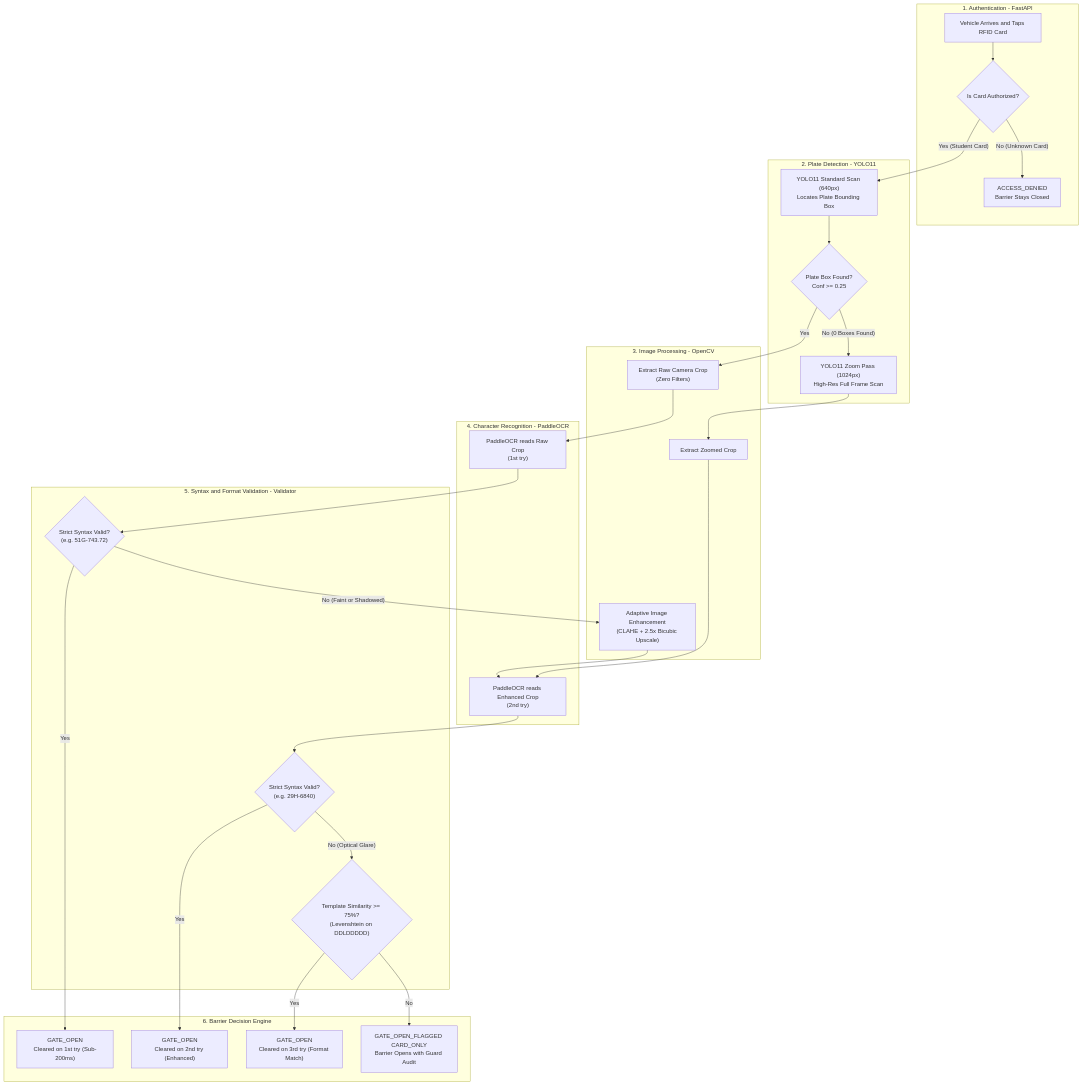
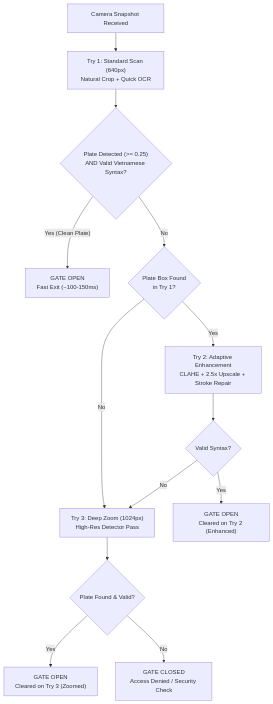
One commit to angweij1431/EIU_Licenseplatedetector changed the diagram in README.md. Above: the diagram before and after it, drawn with Mermaid. The commit also changed other lines of this file and 6 other files, not shown here.

````diff
--- a/README.md
+++ b/README.md
@@ -23,40 +191,19 @@
 ```mermaid
 flowchart TD
-    subgraph Stage_Auth["1. Authentication - FastAPI"]
-        Start["Vehicle Arrives and Taps RFID Card"] --> CardCheck{"Is Card Authorized?"}
-        CardCheck -->|"No (Unknown Card)"| Denied["ACCESS_DENIED<br/>Barrier Stays Closed"]
-    end
-
-    subgraph Stage_YOLO["2. Plate Detection - YOLO11"]
-        CardCheck -->|"Yes (Student Card)"| YOLO1["YOLO11 Standard Scan (640px)<br/>Locates Plate Bounding Box"]
-        YOLO1 --> DetCheck{"Plate Box Found?<br/>Conf >= 0.25"}
-        DetCheck -->|"No (0 Boxes Found)"| YOLO2["YOLO11 Zoom Pass (1024px)<br/>High-Res Full Frame Scan"]
-    end
-
-    subgraph Stage_CV["3. Image Processing - OpenCV"]
-        DetCheck -->|"Yes"| RawCrop["Extract Raw Camera Crop<br/>(Zero Filters)"]
-        YOLO2 --> ZoomCrop["Extract Zoomed Crop"]
-        EnhanceCrop["Adaptive Image Enhancement<br/>(CLAHE + 2.5x Bicubic Upscale)"]
-    end
-
-    subgraph Stage_OCR["4. Character Recognition - PaddleOCR"]
-        RawCrop --> OCR1["PaddleOCR reads Raw Crop<br/>(1st try)"]
-        EnhanceCrop --> OCR2["PaddleOCR reads Enhanced Crop<br/>(2nd try)"]
-        ZoomCrop --> OCR2
-    end
-
-    subgraph Stage_Val["5. Syntax and Format Validation - Validator"]
-        OCR1 --> Val1{"Strict Syntax Valid?<br/>(e.g. 51G-743.72)"}
-        Val1 -->|"No (Faint or Shadowed)"| EnhanceCrop
-        
-        OCR2 --> Val2{"Strict Syntax Valid?<br/>(e.g. 29H-6840)"}
-        Val2 -->|"No (Optical Glare)"| SimCheck{"Template Similarity >= 75%?<br/>(Levenshtein on DDLDDDDD)"}
-    end
-
-    subgraph Stage_Gate["6. Barrier Decision Engine"]
-        Val1 -->|"Yes"| Gate1["GATE_OPEN<br/>Cleared on 1st try (Sub-200ms)"]
-        Val2 -->|"Yes"| Gate2["GATE_OPEN<br/>Cleared on 2nd try (Enhanced)"]
-        SimCheck -->|"Yes"| Gate3["GATE_OPEN<br/>Cleared on 3rd try (Format Match)"]
-        SimCheck -->|"No"| GateFlag["GATE_OPEN_FLAGGED CARD_ONLY<br/>Barrier Opens with Guard Audit"]
-    end
+    Start["Camera Snapshot Received"] --> T1["Try 1: Standard Scan (640px)<br/>Natural Crop + Quick OCR"]
+    T1 --> Check1{"Plate Detected (>= 0.25)<br/>AND Valid Vietnamese Syntax?"}
+    
+    Check1 -->|"Yes (Clean Plate)"| Gate1["GATE OPEN<br/>Fast Exit (~100-150ms)"]
+    Check1 -->|"No"| CheckBox{"Plate Box Found<br/>in Try 1?"}
+    
+    CheckBox -->|"Yes"| T2["Try 2: Adaptive Enhancement<br/>CLAHE + 2.5x Upscale + Stroke Repair"]
+    CheckBox -->|"No"| T3["Try 3: Deep Zoom (1024px)<br/>High-Res Detector Pass"]
+    
+    T2 --> Check2{"Valid Syntax?"}
+    Check2 -->|"Yes"| Gate2["GATE OPEN<br/>Cleared on Try 2 (Enhanced)"]
+    Check2 -->|"No"| T3
+    
+    T3 --> Check3{"Plate Found & Valid?"}
+    Check3 -->|"Yes"| Gate3["GATE OPEN<br/>Cleared on Try 3 (Zoomed)"]
+    Check3 -->|"No"| Denied["GATE CLOSED<br/>Access Denied / Security Check"]
 ```
````
